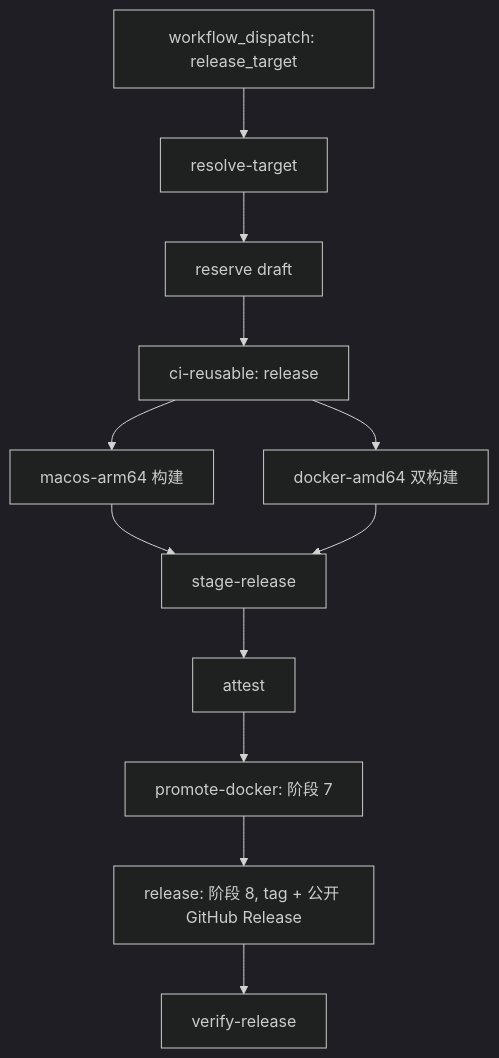
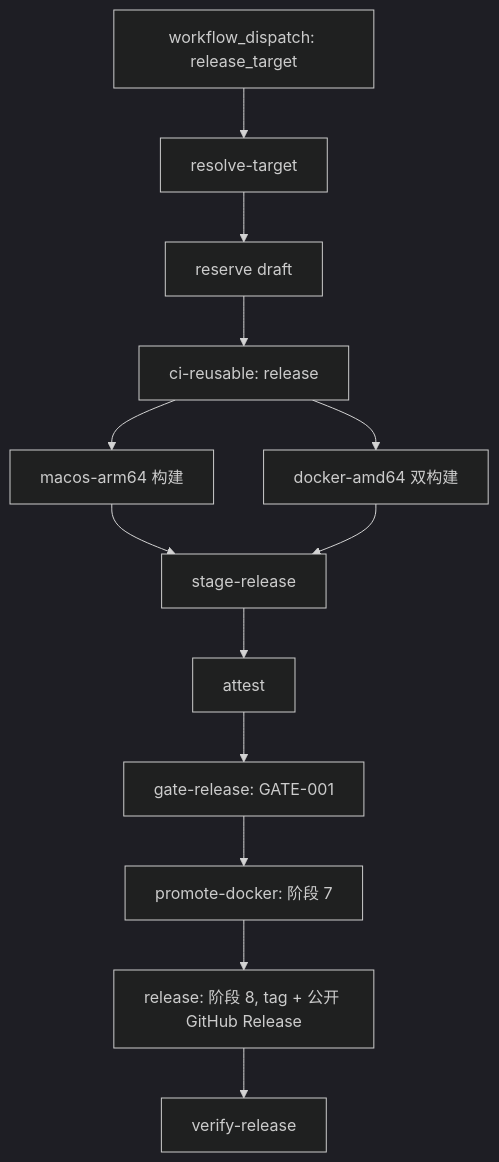
Before and after one commit to IvanLi-CN/mien: the second of 2 diagrams in docs/CI.md, drawn with Mermaid (dark theme). The commit also changed other lines of this file and 41 other files, not shown here.

````diff
--- a/docs/CI.md
+++ b/docs/CI.md
@@ -65,14 +65,15 @@
 ```mermaid
 flowchart TD
   Dispatch[workflow_dispatch: release_target] --> V[resolve-target]
   V --> R[reserve draft]
   R --> T[ci-reusable: release]
   T --> M[macos-arm64 构建]
   T --> Docker[docker-amd64 双构建]
   M --> S[stage-release]
   Docker --> S
   S --> A[attest]
-  A --> PD[promote-docker: 阶段 7]
+  A --> G[gate-release: GATE-001]
+  G --> PD[promote-docker: 阶段 7]
   PD --> P[release: 阶段 8, tag + 公开 GitHub Release]
   P --> X[verify-release]
 ```
````
